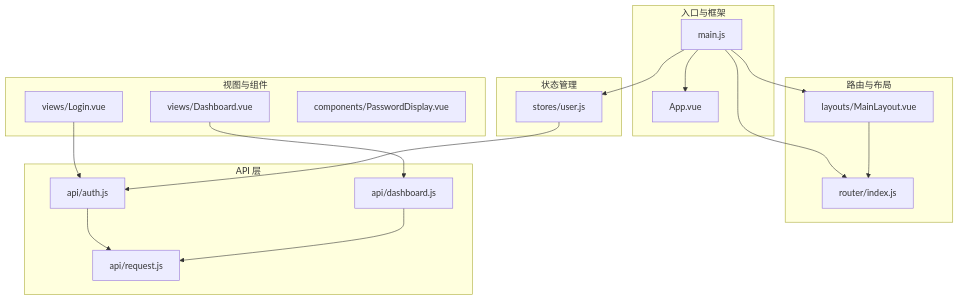
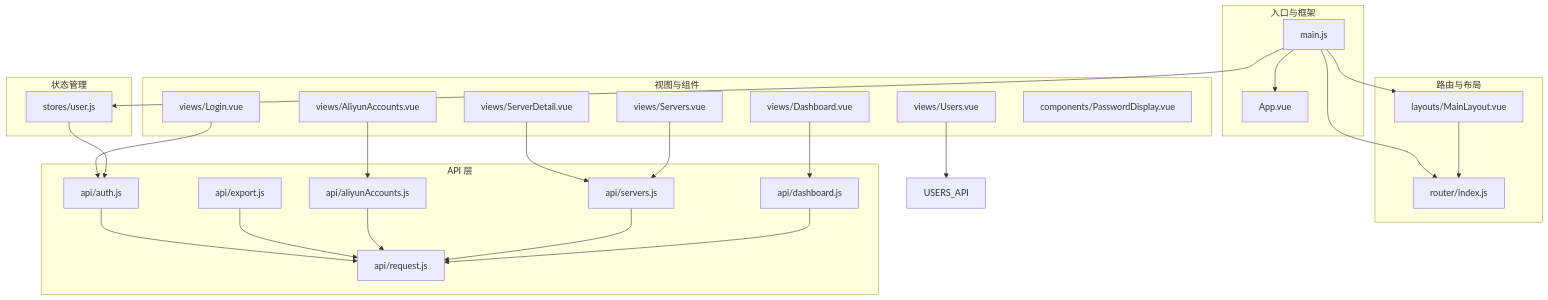
The first of 15 diagrams in .qoder/repowiki/zh/content/前端架构设计/前端架构设计.md (ismine3/OPS), drawn with Mermaid before and after one commit. The commit also changed other lines of this file and 8 other files, not shown here.

````diff
--- a/.qoder/repowiki/zh/content/前端架构设计/前端架构设计.md
+++ b/.qoder/repowiki/zh/content/前端架构设计/前端架构设计.md
@@ -47,34 +64,48 @@
 ```mermaid
 graph TB
 subgraph "入口与框架"
 MAIN["main.js"]
 APP["App.vue"]
 end
 subgraph "路由与布局"
 ROUTER["router/index.js"]
 LAYOUT["layouts/MainLayout.vue"]
 end
 subgraph "状态管理"
 STORE_USER["stores/user.js"]
 end
 subgraph "API 层"
 REQ["api/request.js"]
 AUTH_API["api/auth.js"]
+EXPORT_API["api/export.js"]
+ALIYUN_API["api/aliyunAccounts.js"]
+SERVERS_API["api/servers.js"]
 DASH_API["api/dashboard.js"]
 end
 subgraph "视图与组件"
 LOGIN["views/Login.vue"]
 DASHBOARD["views/Dashboard.vue"]
+ALIYUN_ACCOUNTS["views/AliyunAccounts.vue"]
+SERVER_DETAIL["views/ServerDetail.vue"]
+SERVERS["views/Servers.vue"]
+USERS["views/Users.vue"]
 PWD_COMP["components/PasswordDisplay.vue"]
 end
 MAIN --> APP
 MAIN --> ROUTER
 MAIN --> STORE_USER
 MAIN --> LAYOUT
 LAYOUT --> ROUTER
 LOGIN --> AUTH_API
 DASHBOARD --> DASH_API
+ALIYUN_ACCOUNTS --> ALIYUN_API
+SERVER_DETAIL --> SERVERS_API
+SERVERS --> SERVERS_API
+USERS --> USERS_API
 AUTH_API --> REQ
+EXPORT_API --> REQ
+ALIYUN_API --> REQ
+SERVERS_API --> REQ
 DASH_API --> REQ
 STORE_USER --> AUTH_API
 ```
````
